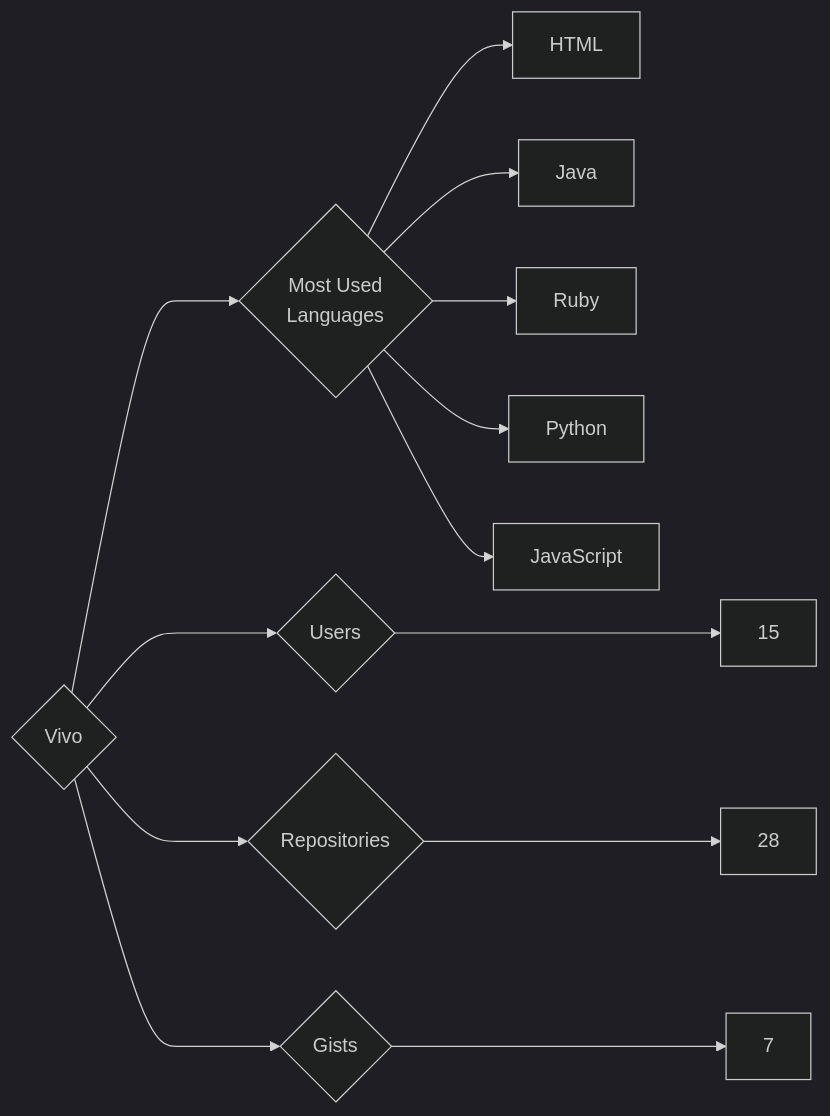
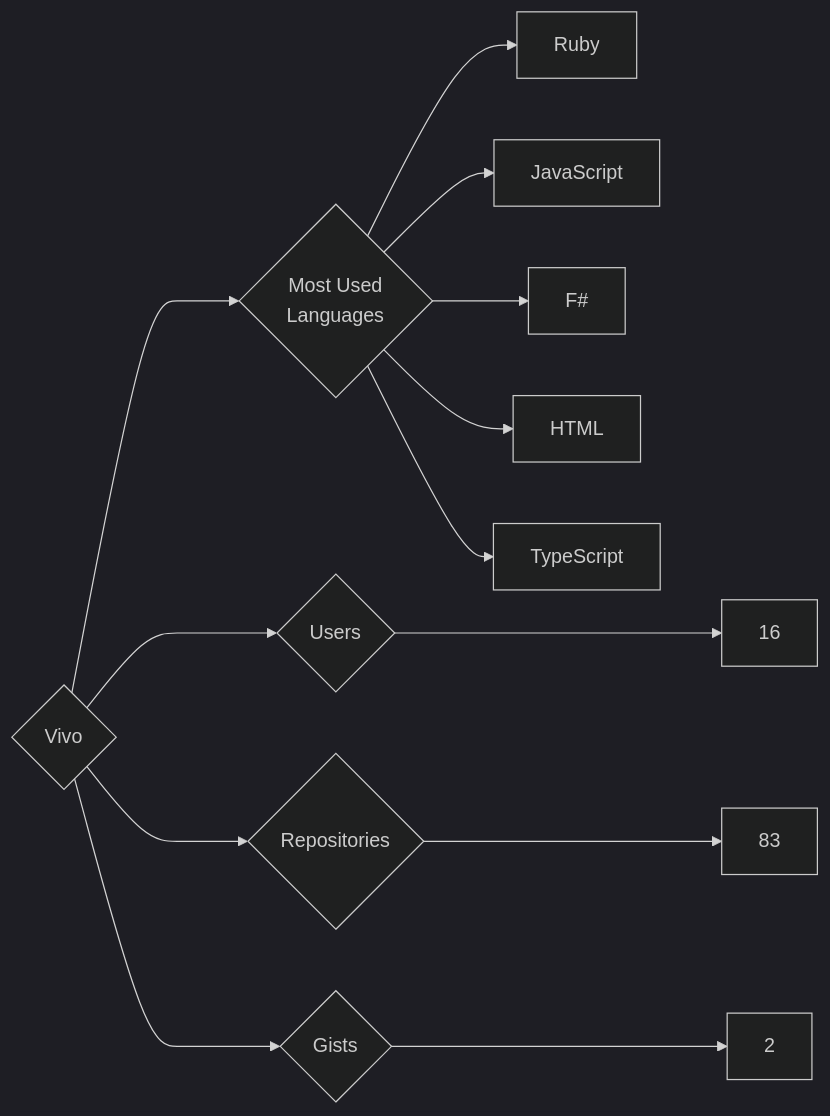
The diagram in targets/Vivo/README.md (trickest/insiders), drawn with Mermaid (dark theme) before and after one commit. The commit also changed 928 other files, not shown here.

````diff
--- a/targets/Vivo/README.md
+++ b/targets/Vivo/README.md
@@ -3,13 +3,13 @@
 ```mermaid
 graph LR
 COMPANY_NAME{Vivo}
-COMPANY_NAME ---> U{Users} ---> UN[15]
-COMPANY_NAME ---> R{Repositories} ---> RN[28]
-COMPANY_NAME ---> G{Gists} ---> GN[7]
+COMPANY_NAME ---> U{Users} ---> UN[16]
+COMPANY_NAME ---> R{Repositories} ---> RN[83]
+COMPANY_NAME ---> G{Gists} ---> GN[2]
 COMPANY_NAME ---> ML{Most Used<br>Languages}
+ML --> Ruby[Ruby]
+ML --> JavaScript[JavaScript]
+ML --> F#[F#]
 ML --> HTML[HTML]
-ML --> Java[Java]
-ML --> Ruby[Ruby]
-ML --> Python[Python]
-ML --> JavaScript[JavaScript]
+ML --> TypeScript[TypeScript]
 ```
````
